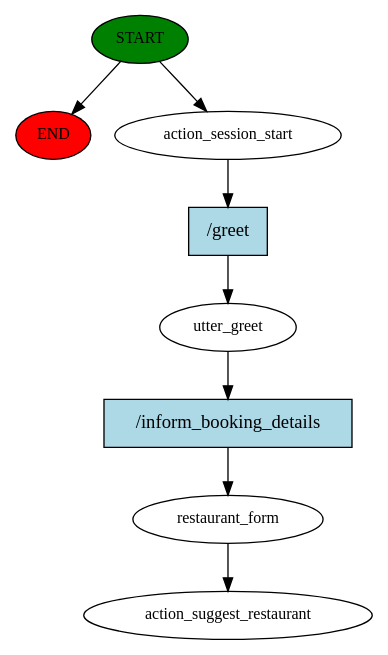
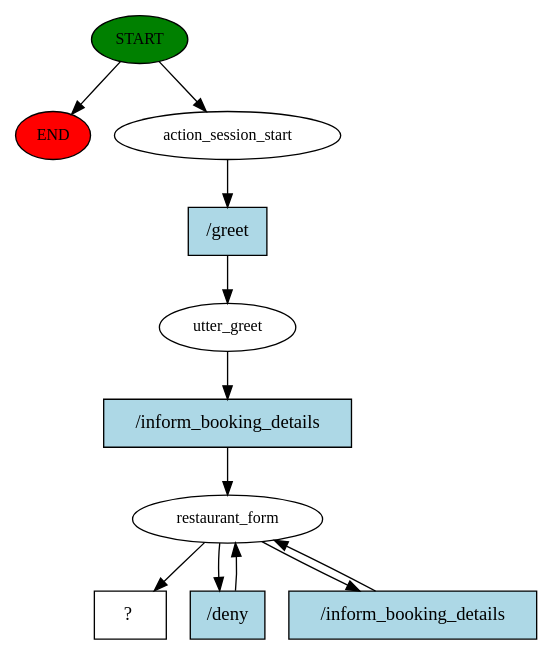
One commit to JasminDenise/voiceAssistantAlice changed the diagram in story_graph.dot. Above: the diagram before and after it, drawn with Graphviz. The commit also changed 21 other files, not shown here.

Commit message:
Fix fallback and slot handling issues in restaurant booking form

```diff
--- a/story_graph.dot
+++ b/story_graph.dot
@@ -1,17 +1,23 @@
 digraph  {
 0 [class="start active", fillcolor=green, fontsize=12, label=START, style=filled];
 "-1" [class=end, fillcolor=red, fontsize=12, label=END, style=filled];
 1 [class=active, fontsize=12, label=action_session_start];
 2 [class=active, fontsize=12, label=utter_greet];
 3 [class=active, fontsize=12, label=restaurant_form];
-4 [class="dashed active", fontsize=12, label=action_suggest_restaurant];
-5 [class="intent active", fillcolor=lightblue, label="/greet", shape=rect, style=filled];
-6 [class="intent active", fillcolor=lightblue, label="/inform_booking_details", shape=rect, style=filled];
+6 [class="intent dashed active", label="  ?  ", shape=rect];
+7 [class="intent active", fillcolor=lightblue, label="/greet", shape=rect, style=filled];
+8 [class="intent active", fillcolor=lightblue, label="/inform_booking_details", shape=rect, style=filled];
+9 [class="intent active", fillcolor=lightblue, label="/deny", shape=rect, style=filled];
+10 [class="intent active", fillcolor=lightblue, label="/inform_booking_details", shape=rect, style=filled];
 0 -> "-1"  [class="", key=NONE, label=""];
 0 -> 1  [class=active, key=NONE, label=""];
-1 -> 5  [class=active, key=0];
-2 -> 6  [class=active, key=0];
-3 -> 4  [class=active, key=NONE, label=""];
-5 -> 2  [class=active, key=0];
-6 -> 3  [class=active, key=0];
+1 -> 7  [class=active, key=0];
+2 -> 8  [class=active, key=0];
+3 -> 6  [class=active, key=NONE, label=""];
+3 -> 9  [class=active, key=0];
+3 -> 10  [class=active, key=0];
+7 -> 2  [class=active, key=0];
+8 -> 3  [class=active, key=0];
+9 -> 3  [class=active, key=0];
+10 -> 3  [class=active, key=0];
 }
```
